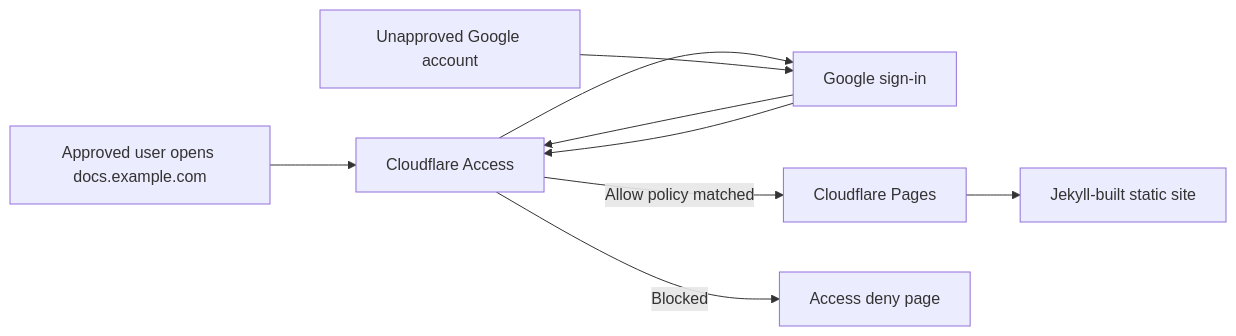
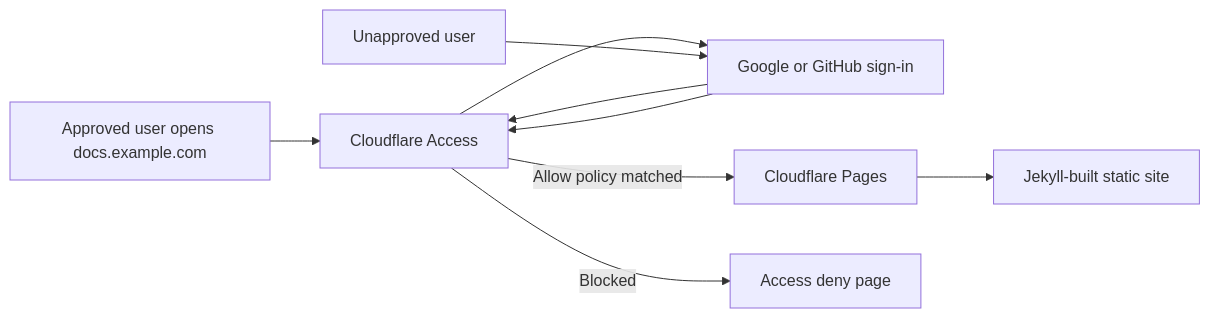
The first of 16 diagrams in _posts/devops/2026-04-24-cloudflare-pages-jekyll-google-access-private-docs-guide.md (ddingpy/myblog), drawn with Mermaid before and after one commit. The commit also changed other lines of this file, not shown here.

Commit message:
docs: add GitHub integration instructions to Cloudflare Pages guide, update access policies and IdP configuration examples

````diff
--- a/_posts/devops/2026-04-24-cloudflare-pages-jekyll-google-access-private-docs-guide.md
+++ b/_posts/devops/2026-04-24-cloudflare-pages-jekyll-google-access-private-docs-guide.md
@@ -52,12 +54,12 @@
 ```mermaid
 flowchart LR
     A[Approved user opens docs.example.com] --> B[Cloudflare Access]
-    B --> C[Google sign-in]
+    B --> C[Google or GitHub sign-in]
     C --> B
     B -->|Allow policy matched| D[Cloudflare Pages]
     D --> E[Jekyll-built static site]
 
-    X[Unapproved Google account] --> C
+    X[Unapproved user] --> C
     C --> B
     B -->|Blocked| Y[Access deny page]
 ```
````
